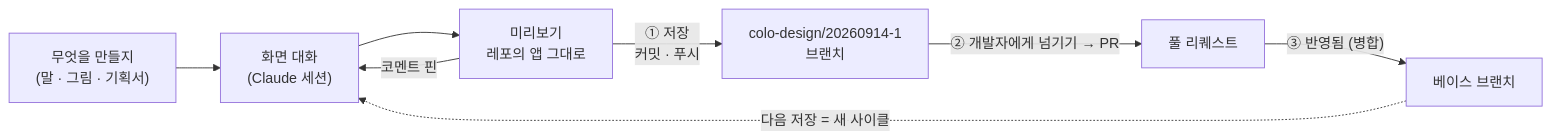
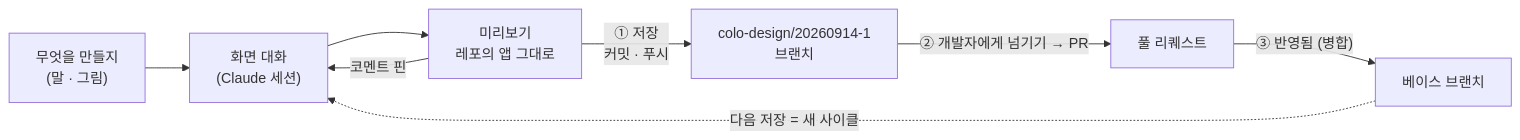
The first of 2 diagrams in README.md (inkwonjung-colosseum/cds-design), drawn with Mermaid before and after one commit. The commit also changed other lines of this file and 39 other files, not shown here.

````diff
--- a/README.md
+++ b/README.md
@@ -61,10 +62,10 @@
 ```mermaid
 flowchart LR
-    ask["무엇을 만들지<br/>(말 · 그림 · 기획서)"] --> chat["화면 대화<br/>(Claude 세션)"]
+    ask["무엇을 만들지<br/>(말 · 그림)"] --> chat["화면 대화<br/>(Claude 세션)"]
     chat --> preview["미리보기<br/>레포의 앱 그대로"]
     preview -->|"코멘트 핀"| chat
     preview -->|"① 저장<br/>커밋 · 푸시"| branch["colo-design/20260914-1<br/>브랜치"]
     branch -->|"② 개발자에게 넘기기 → PR"| pr["풀 리퀘스트"]
     pr -->|"③ 반영됨 (병합)"| base["베이스 브랜치"]
     base -.->|"다음 저장 = 새 사이클"| chat
 ```
````
